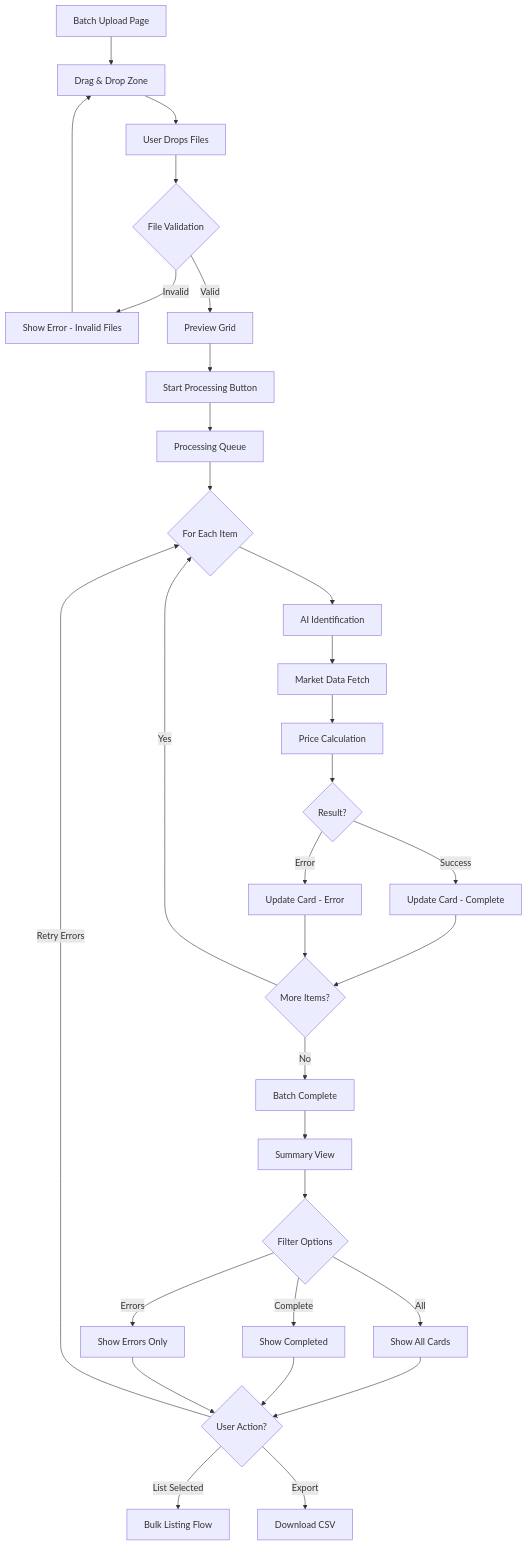
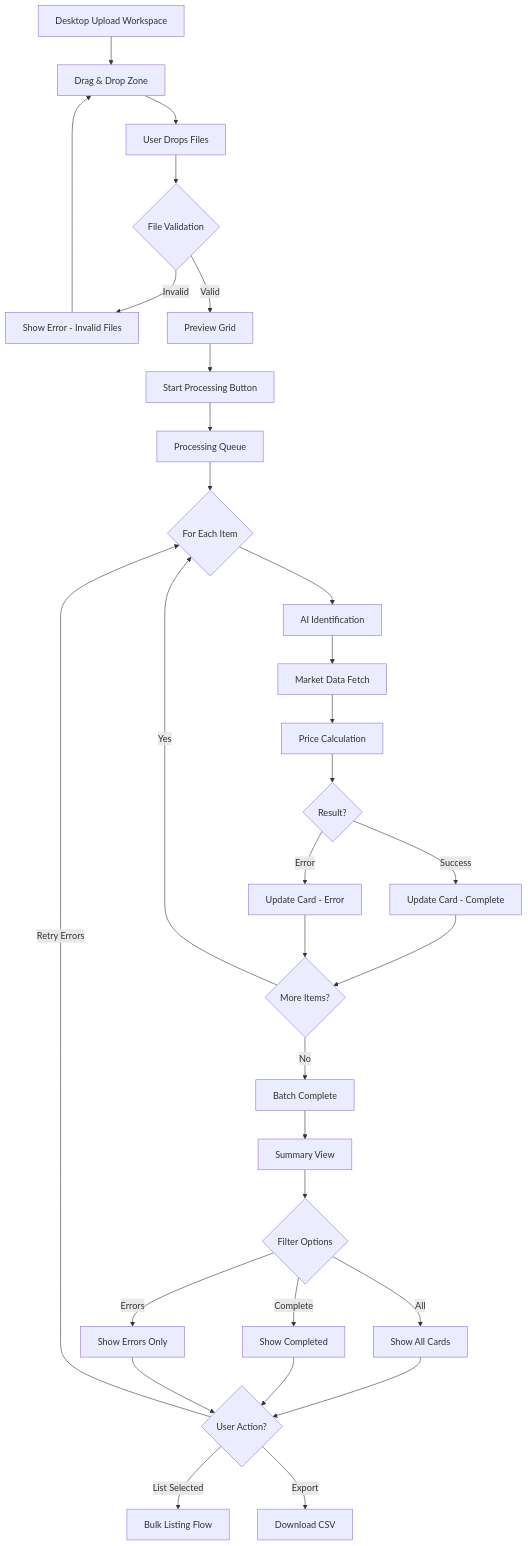
The third of 6 diagrams in docs/ux-design-specification.md (emmanuellawal/valuesnapapp), drawn with Mermaid before and after one commit. The commit also changed other lines of this file and 44 other files, not shown here.

````diff
--- a/docs/ux-design-specification.md
+++ b/docs/ux-design-specification.md
@@ -1448,33 +1449,33 @@
 ```mermaid
 flowchart TD
-    A[Batch Upload Page] --> B[Drag & Drop Zone]
+  A[Desktop Upload Workspace] --> B[Drag & Drop Zone]
     B --> C[User Drops Files]
     C --> D{File Validation}
     D -->|Invalid| E[Show Error - Invalid Files]
     D -->|Valid| F[Preview Grid]
     E --> B
     F --> G[Start Processing Button]
     G --> H[Processing Queue]
     H --> I{For Each Item}
     I --> J[AI Identification]
     J --> K[Market Data Fetch]
     K --> L[Price Calculation]
     L --> M{Result?}
     M -->|Success| N[Update Card - Complete]
     M -->|Error| O[Update Card - Error]
     N --> P{More Items?}
     O --> P
     P -->|Yes| I
     P -->|No| Q[Batch Complete]
     Q --> R[Summary View]
     R --> S{Filter Options}
     S -->|All| T[Show All Cards]
     S -->|Complete| U[Show Completed]
     S -->|Errors| V[Show Errors Only]
     T --> W{User Action?}
     U --> W
     V --> W
     W -->|Retry Errors| I
     W -->|List Selected| X[Bulk Listing Flow]
     W -->|Export| Y[Download CSV]
 ```
````
